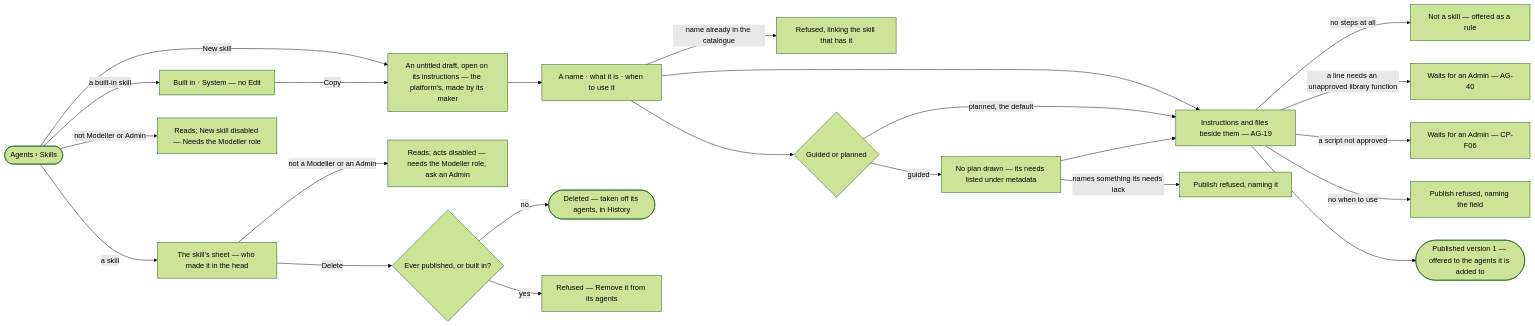
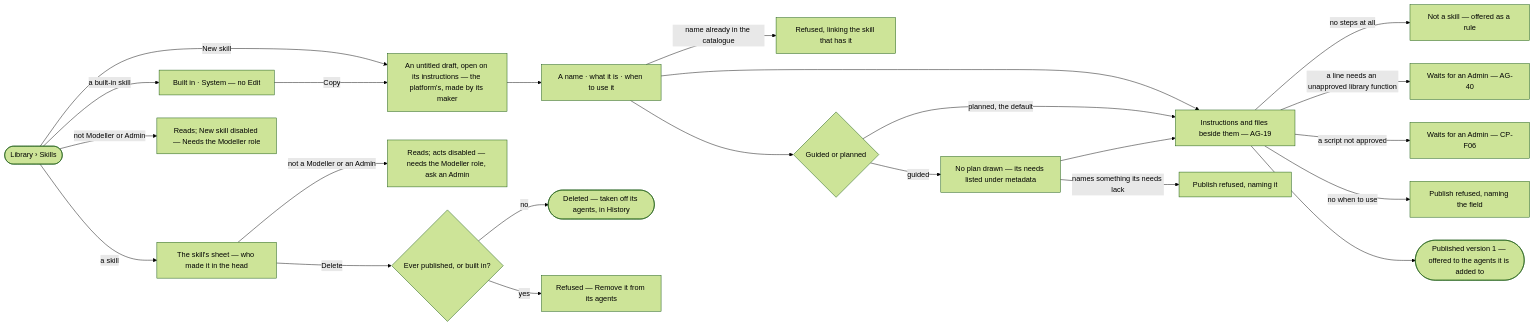
The diagram in specs/capabilities/agents/features/AG-F04-skills/stories/AG-37-build-a-skill-once-for-every-agent-that-does-the-work/story.md (invana/invana), drawn with Mermaid (forest theme) before and after one commit. The commit also changed other lines of this file and 106 other files, not shown here.

````diff
--- a/specs/capabilities/agents/features/AG-F04-skills/stories/AG-37-build-a-skill-once-for-every-agent-that-does-the-work/story.md
+++ b/specs/capabilities/agents/features/AG-F04-skills/stories/AG-37-build-a-skill-once-for-every-agent-that-does-the-work/story.md
@@ -29,24 +29,24 @@
 ```mermaid
 flowchart LR
-  s([Agents › Skills]) -->|New skill| d["An untitled draft, open on its instructions — the platform's, made by its maker"]
+  s([Library › Skills]) -->|New skill| d["An untitled draft, open on its instructions — the platform's, made by its maker"]
   s -->|a skill| sh["The skill's sheet — who made it in the head"]
   s -->|a built-in skill| bi["Built in · System — no Edit"]
   bi -->|Copy| d
   d --> n["A name · what it is · when to use it"]
   n -->|name already in the catalogue| nx["Refused, linking the skill that has it"]
   n --> i["Instructions and files beside them — AG-19"]
   i -->|no steps at all| r["Not a skill — offered as a rule"]
   i -->|a line needs an unapproved library function| ap["Waits for an Admin — AG-40"]
   i -->|a script not approved| sp["Waits for an Admin — CP-F06"]
   n --> md{"Guided or planned"}
   md -->|planned, the default| i
   md -->|guided| gi["No plan drawn — its needs listed under metadata"] --> i
   gi -->|names something its needs lack| gx["Publish refused, naming it"]
   i -->|no when to use| wx["Publish refused, naming the field"]
   i --> p(["Published version 1 — offered to the agents it is added to"])
   s -->|not Modeller or Admin| ro["Reads; New skill disabled — Needs the Modeller role"]
   sh -->|not a Modeller or an Admin| no["Reads; acts disabled — needs the Modeller role, ask an Admin"]
   sh -->|Delete| dl{"Ever published, or built in?"}
   dl -->|no| gone(["Deleted — taken off its agents, in History"])
   dl -->|yes| dx["Refused — Remove it from its agents"]
 ```
````
